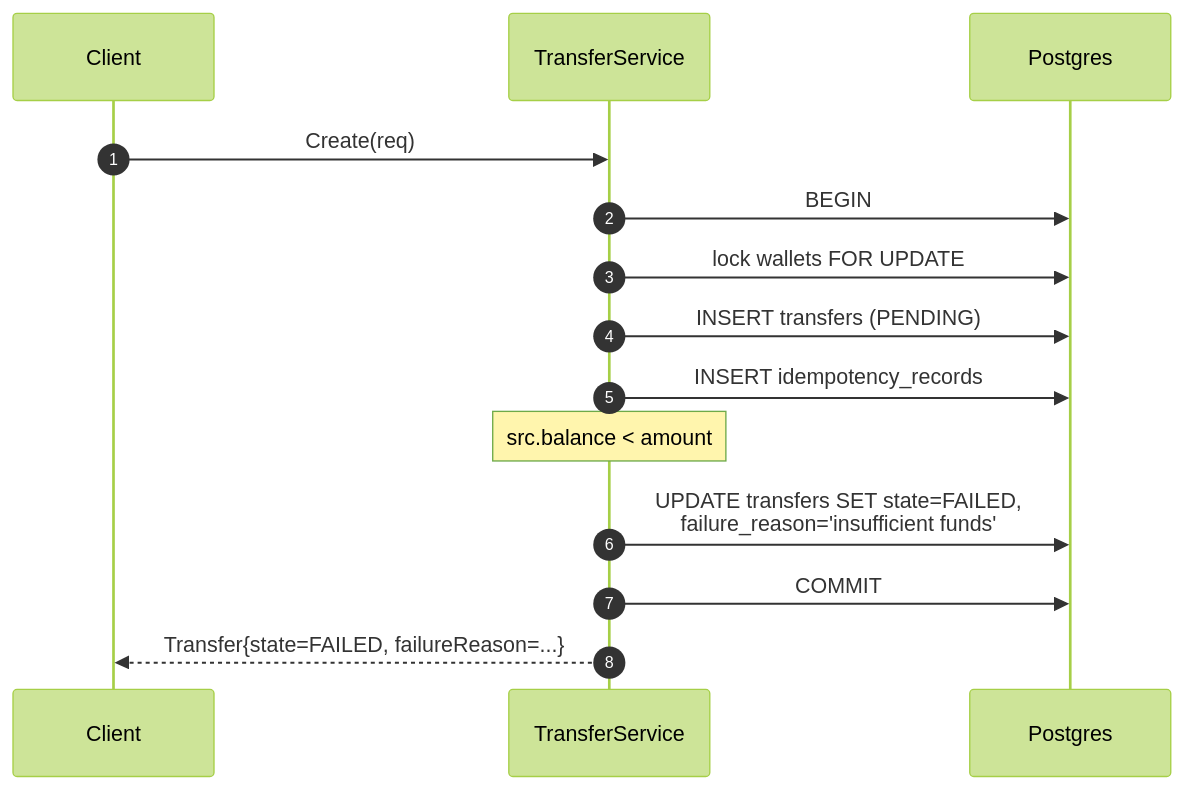
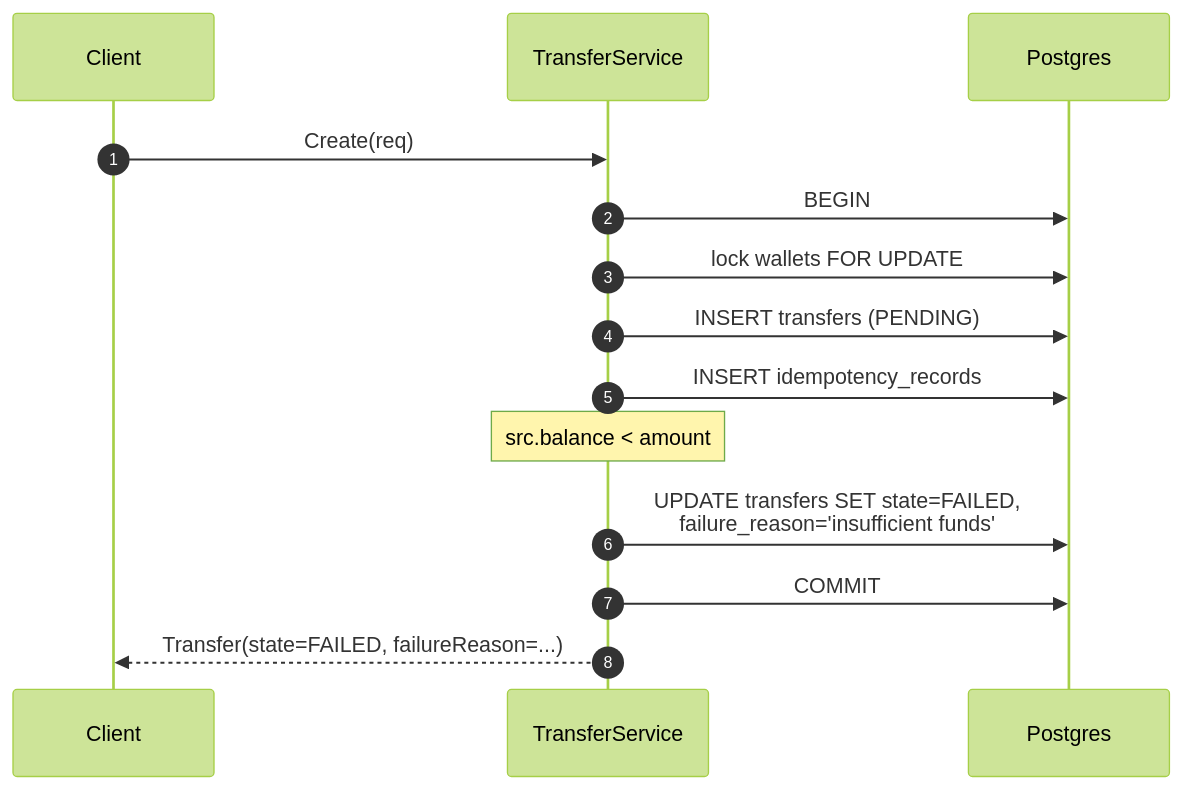
Before and after one commit to PratikDhanave/wallet-transfer-assignment: diagram 12 of 20 in README.md, drawn with Mermaid (forest theme). The commit also changed other lines of this file, not shown here.

````diff
--- a/README.md
+++ b/README.md
@@ -572,18 +571,18 @@
 ```mermaid
 sequenceDiagram
     autonumber
     participant C as Client
     participant S as TransferService
     participant DB as Postgres
 
     C->>S: Create(req)
     S->>DB: BEGIN
     S->>DB: lock wallets FOR UPDATE
     S->>DB: INSERT transfers (PENDING)
     S->>DB: INSERT idempotency_records
     Note over S: src.balance < amount
 
     S->>DB: UPDATE transfers SET state=FAILED,<br/>failure_reason='insufficient funds'
     S->>DB: COMMIT
-    S-->>C: Transfer{state=FAILED, failureReason=...}
+    S-->>C: Transfer(state=FAILED, failureReason=...)
 ```
````
